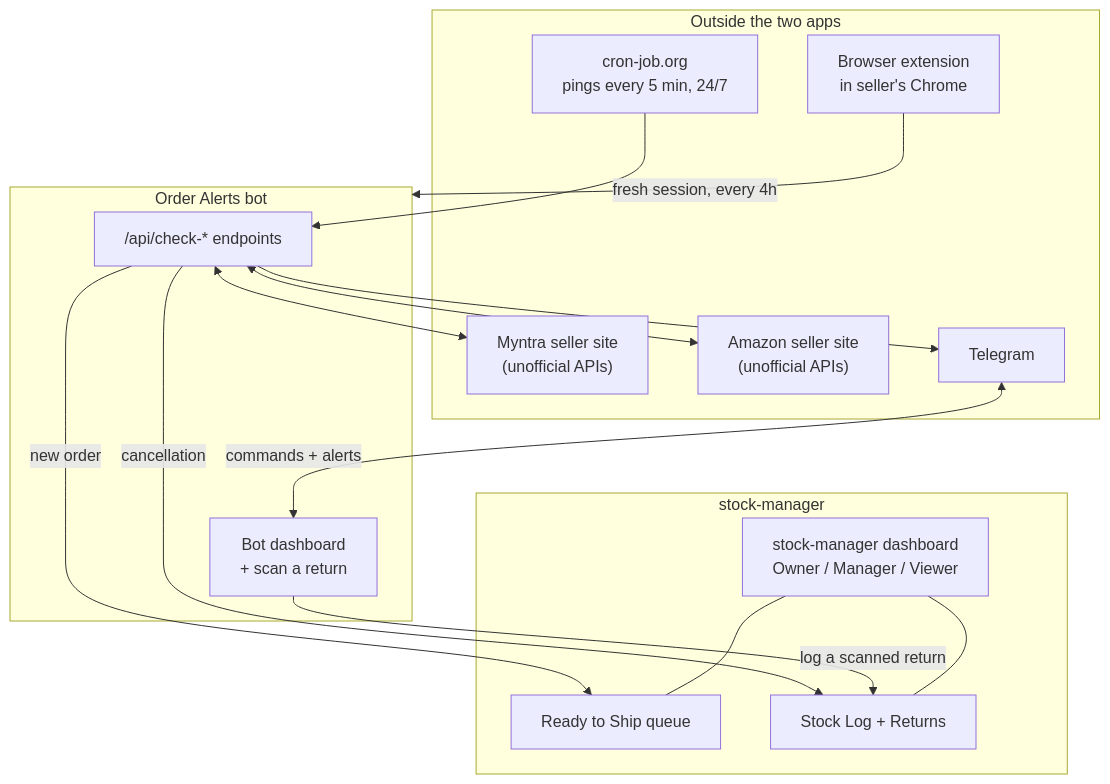
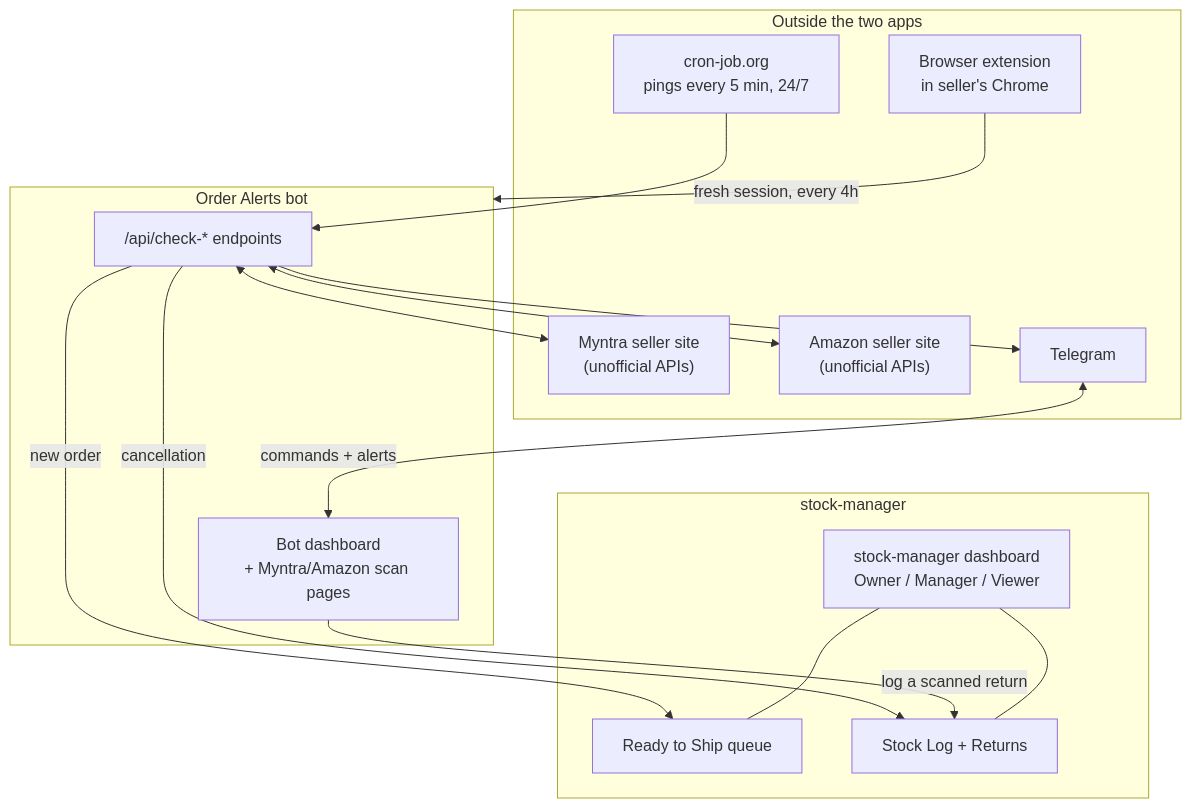
Before and after one commit to gauravjain231120/stock-manager: the first of 6 diagrams in ARCHITECTURE.md, drawn with Mermaid. The commit also changed other lines of this file and 1 other file, not shown here.

Commit message:
Docs: Amazon returns from the bot, synced ARCHITECTURE.md

````diff
--- a/ARCHITECTURE.md
+++ b/ARCHITECTURE.md
@@ -37,33 +37,33 @@
 ```mermaid
 flowchart TD
   subgraph OUT["Outside the two apps"]
     CRONJOB["cron-job.org<br/>pings every 5 min, 24/7"]
     MYNTRA["Myntra seller site<br/>(unofficial APIs)"]
     AMAZON["Amazon seller site<br/>(unofficial APIs)"]
     TELE["Telegram"]
     EXT["Browser extension<br/>in seller's Chrome"]
   end
 
   subgraph BOTAPP["Order Alerts bot"]
     CHECKS["/api/check-* endpoints"]
-    BOTDASH["Bot dashboard<br/>+ scan a return"]
+    BOTDASH["Bot dashboard<br/>+ Myntra/Amazon scan pages"]
   end
 
   subgraph SMAPP["stock-manager"]
     QUEUE["Ready to Ship queue"]
     LOG["Stock Log + Returns"]
     SMDASH["stock-manager dashboard<br/>Owner / Manager / Viewer"]
   end
 
   CRONJOB --> CHECKS
   CHECKS <--> MYNTRA
   CHECKS <--> AMAZON
   CHECKS --> TELE
   CHECKS -->|"new order"| QUEUE
   CHECKS -->|"cancellation"| LOG
   EXT -->|"fresh session, every 4h"| BOTAPP
   BOTDASH -->|"log a scanned return"| LOG
   TELE <-->|"commands + alerts"| BOTDASH
   SMDASH --- QUEUE
   SMDASH --- LOG
 ```
````
